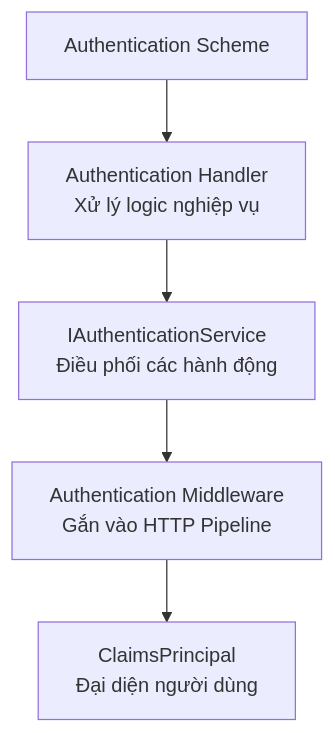
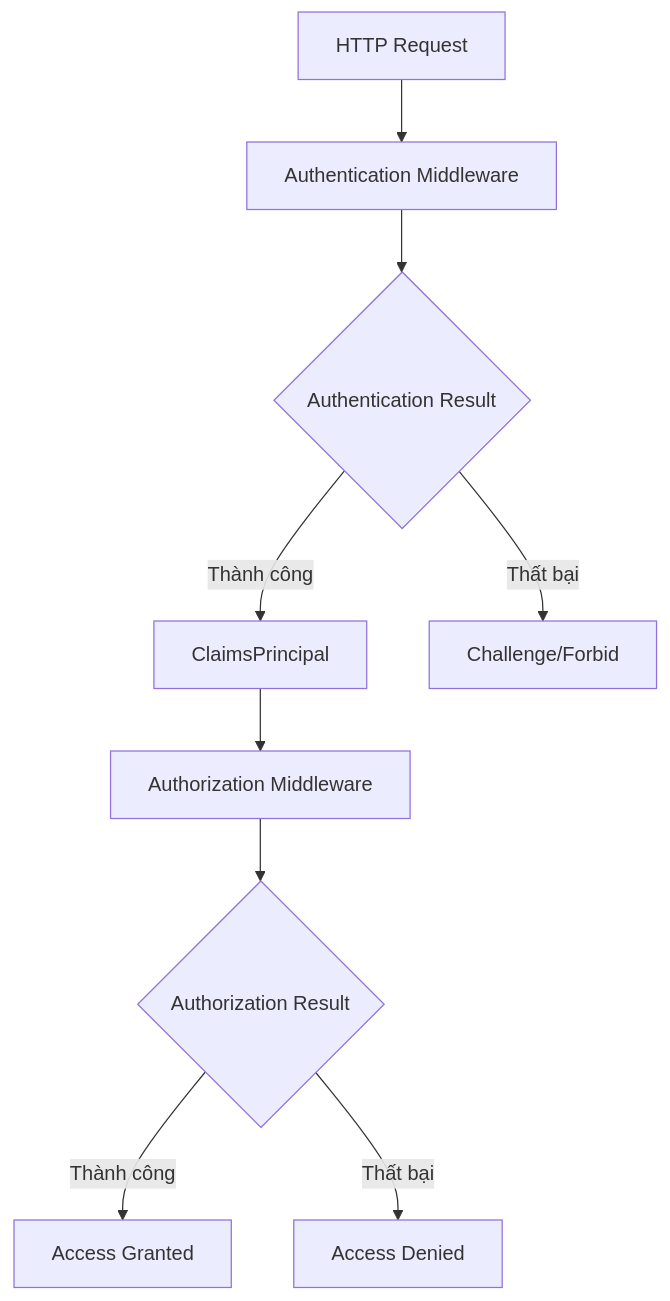
The second of 3 diagrams in Blogtify/Blogtify.Client/Content/Posts/Security/2. Authentication và Authorization trong .NET.md (chicuong2k3/BlogtifyOpen), drawn with Mermaid before and after one commit. The commit also changed other lines of this file and 1 other file, not shown here.

```diff
--- a/Blogtify/Blogtify.Client/Content/Posts/Security/2. Authentication và Authorization trong .NET.md
+++ b/Blogtify/Blogtify.Client/Content/Posts/Security/2. Authentication và Authorization trong .NET.md
@@ -32,7 +57,11 @@
 <div class="mermaid">
 flowchart TD
-    A[Authentication Scheme] --> B[Authentication Handler<br>Xử lý logic nghiệp vụ]
-    B --> C[IAuthenticationService<br>Điều phối các hành động]
-    C --> D[Authentication Middleware<br>Gắn vào HTTP Pipeline]
-    D --> E[ClaimsPrincipal<br>Đại diện người dùng]
+    A[HTTP Request] --> B[Authentication Middleware]
+    B --> C{Authentication Result}
+    C -->|Thành công| D[ClaimsPrincipal]
+    C -->|Thất bại| E[Challenge/Forbid]
+    D --> F[Authorization Middleware]
+    F --> G{Authorization Result}
+    G -->|Thành công| H[Access Granted]
+    G -->|Thất bại| I[Access Denied]
 </div>
```
